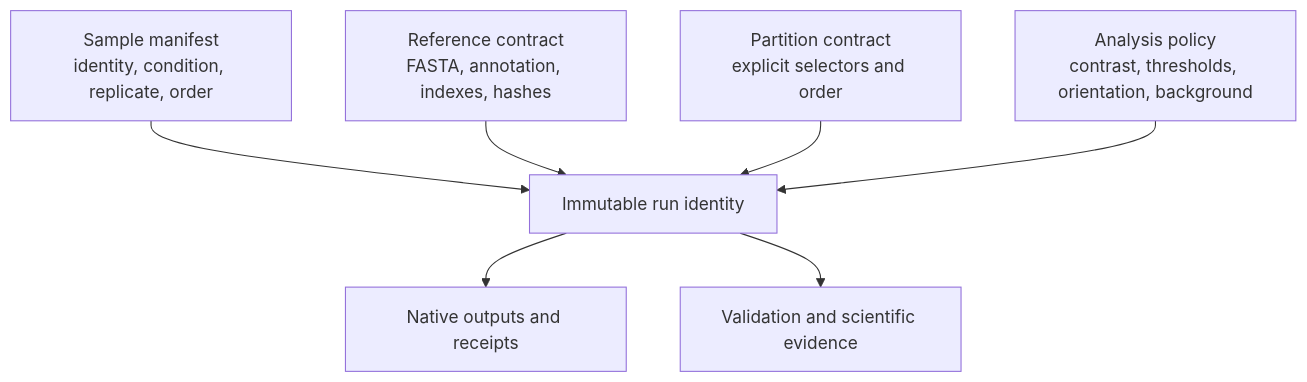
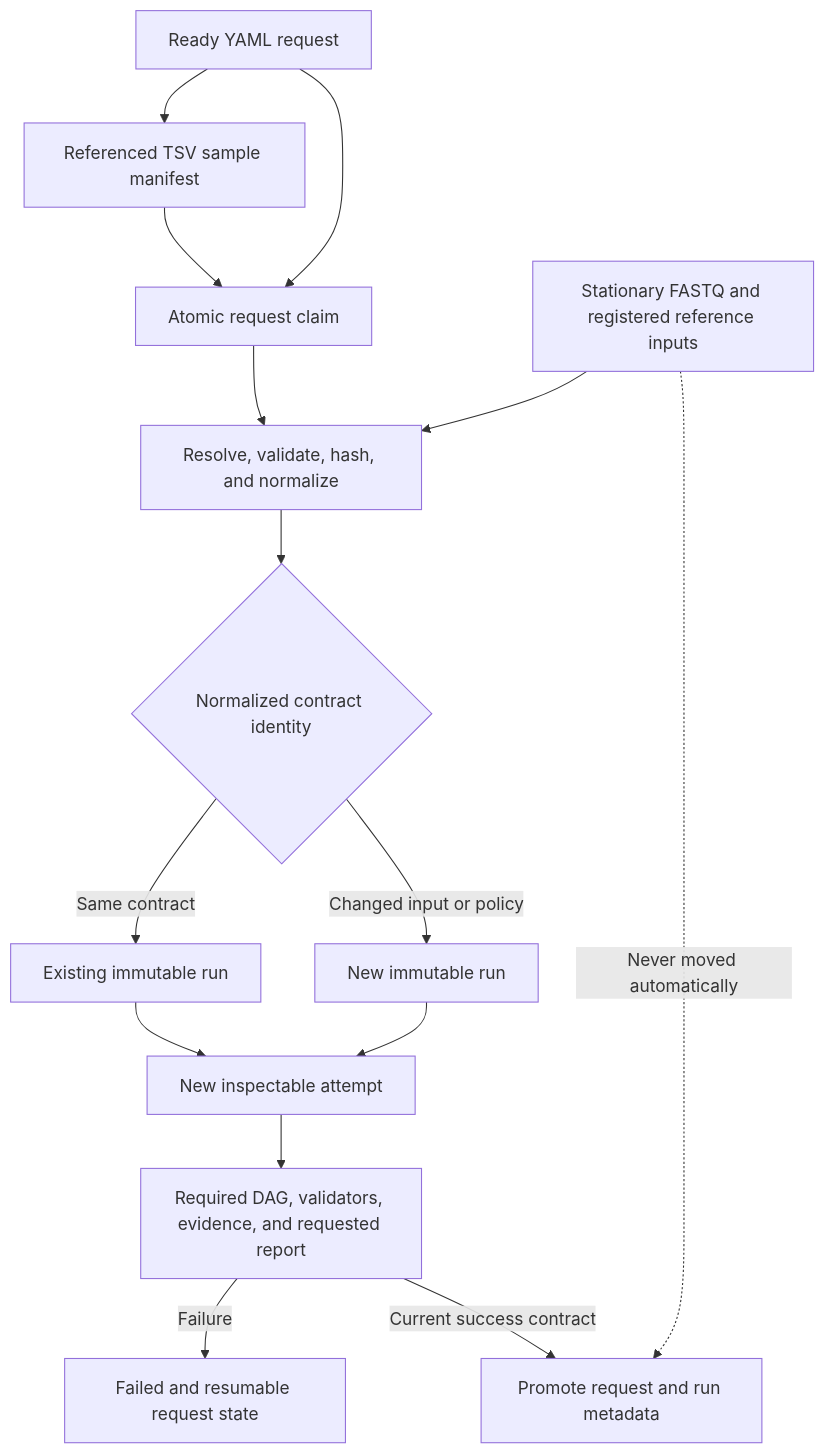
One commit to lab-cats/EMRYS changed the diagram in docs/architecture/diagrams/future_manifest_config_contracts.mmd. Above: the diagram before and after it, drawn with Mermaid. The commit also changed 62 other files, not shown here.

Commit message:
docs: capture architecture direction and task registry

```diff
--- a/docs/architecture/diagrams/future_manifest_config_contracts.mmd
+++ b/docs/architecture/diagrams/future_manifest_config_contracts.mmd
@@ -1,7 +1,15 @@
 flowchart TD
-    samples["Sample manifest<br/>identity, condition, replicate, order"] --> run["Immutable run identity"]
-    reference["Reference contract<br/>FASTA, annotation, indexes, hashes"] --> run
-    partitions["Partition contract<br/>explicit selectors and order"] --> run
-    policy["Analysis policy<br/>contrast, thresholds, orientation, background"] --> run
-    run --> outputs["Native outputs and receipts"]
-    run --> evidence["Validation and scientific evidence"]
+    ready["Ready YAML request"] --> manifest["Referenced TSV sample manifest"]
+    ready --> claim["Atomic request claim"]
+    manifest --> claim
+    raw["Stationary FASTQ and registered reference inputs"] --> normalize["Resolve, validate, hash, and normalize"]
+    claim --> normalize
+    normalize --> identity{"Normalized contract identity"}
+    identity -->|"Same contract"| run["Existing immutable run"]
+    identity -->|"Changed input or policy"| newrun["New immutable run"]
+    run --> attempt["New inspectable attempt"]
+    newrun --> attempt
+    attempt --> execute["Required DAG, validators, evidence, and requested report"]
+    execute -->|"Failure"| resumable["Failed and resumable request state"]
+    execute -->|"Current success contract"| promote["Promote request and run metadata"]
+    raw -.->|Never moved automatically| promote
```
